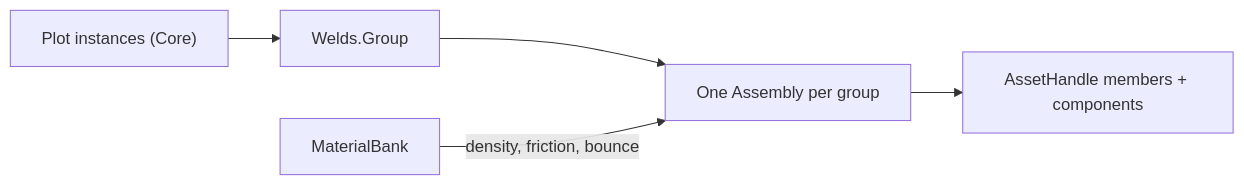
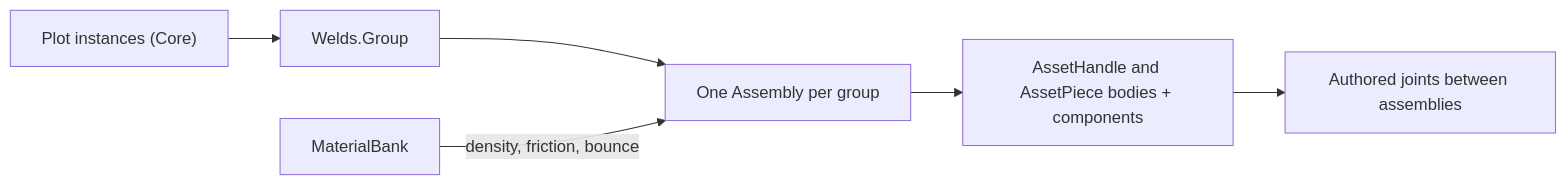
One commit to SubParSuperCar/Ensemble changed the fifth of 7 diagrams in .github/README.md. Above: the diagram before and after it, drawn with Mermaid. The commit also changed other lines of this file and 33 other files, not shown here.

````diff
--- a/.github/README.md
+++ b/.github/README.md
@@ -486,7 +491,8 @@
 ```mermaid
 graph LR
     Core["Plot instances (Core)"] --> Welds["Welds.Group"]
     Welds --> Assemblies["One Assembly per group"]
     Bank["MaterialBank"] -->|density, friction, bounce| Assemblies
-    Assemblies --> Members["AssetHandle members + components"]
+    Assemblies --> Pieces["AssetHandle and AssetPiece bodies + components"]
+    Pieces --> Joints["Authored joints between assemblies"]
 ```
````
